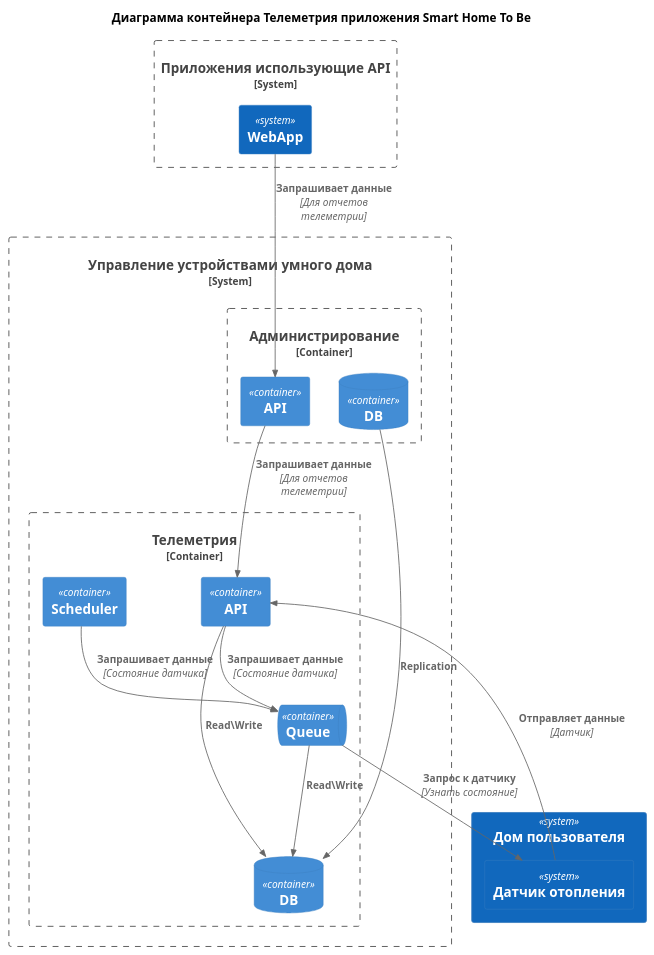
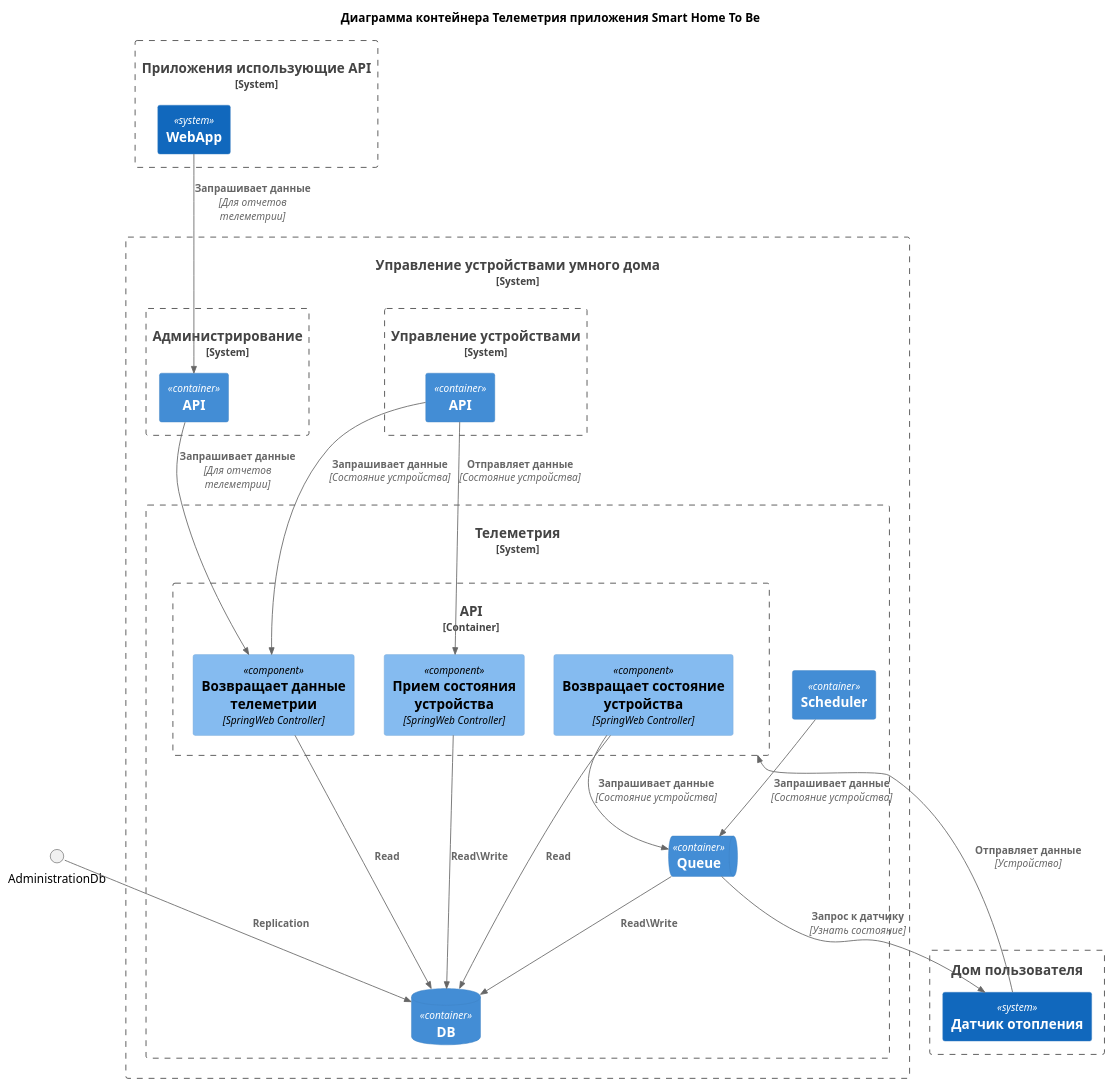
The diagram in docs/To Be Component Telemetry.puml (bezdelnique/ydnx-arch-sprint1), drawn with PlantUML before and after one commit. The commit also changed 2 other files, not shown here.

Commit message:
To Be C4 diagrams

```diff
--- a/docs/To Be Component Telemetry.puml
+++ b/docs/To Be Component Telemetry.puml
@@ -1,46 +1,59 @@
 @startuml
 title "Диаграмма контейнера Телеметрия приложения Smart Home To Be"
 
 top to bottom direction
 
 !include C4/C4_Component.puml
 
 System_Boundary(SmartHomeApp, "Приложения использующие API") {
     System(WebApp, "WebApp")
 }
 
-System(UserHome, "Дом пользователя") {
+Boundary(UserHome, "Дом пользователя") {
     System(SensorHeating, "Датчик отопления")
 }
 
 System_Boundary(Domain, "Управление устройствами умного дома") {
-    Container_Boundary(SubdomainTelemetry, "Телеметрия") {
-        Container(TelemetryApi, "API")
+    System_Boundary(SubdomainTelemetry, "Телеметрия") {
+        Container_Boundary(TelemetryApi, "API") {
+            Component("TelemetryController", "Возвращает данные телеметрии", "SpringWeb Controller")
+            Component("DeviceStateController", "Возвращает состояние устройства", "SpringWeb Controller")
+            Component("DeviceDataReceiverController", "Прием состояния устройства", "SpringWeb Controller")
+        }
+
         Container(TelemetryScheduler, "Scheduler")
         ContainerDb(TelemetryDb, "DB")
         ContainerQueue(TelemetryQueue, "Queue")
     }
 
-    Container_Boundary(SubdomainAdministration, "Администрирование") {
+    System_Boundary(SubdomainManageDevice, "Управление устройствами") {
+        Container(ManageDeviceApi, "API")
+    }
+
+    System_Boundary(SubdomainAdministration, "Администрирование") {
         Container(AdministrationApi, "API")
-        ContainerDb(AdministrationDb, "DB")
     }
 
 }
 
 
-Rel(TelemetryApi, TelemetryDb, "Read\Write")
-Rel(TelemetryApi, TelemetryQueue, "Запрашивает данные", "Состояние датчика")
+Rel(WebApp, AdministrationApi, "Запрашивает данные", "Для отчетов телеметрии")
+
+Rel(TelemetryController, TelemetryDb, "Read")
+Rel(DeviceStateController, TelemetryDb, "Read")
+Rel(DeviceDataReceiverController, TelemetryDb, "Read\Write")
+
+Rel(DeviceStateController, TelemetryQueue, "Запрашивает данные", "Состояние устройства")
 Rel(TelemetryQueue, TelemetryDb, "Read\Write")
 
-Rel(SensorHeating, TelemetryApi, "Отправляет данные", "Датчик")
+Rel(SensorHeating, TelemetryApi, "Отправляет данные", "Устройство")
 Rel(TelemetryQueue, SensorHeating, "Запрос к датчику", "Узнать состояние")
 
 Rel(AdministrationDb, TelemetryDb, "Replication")
-Rel(AdministrationApi, TelemetryApi, "Запрашивает данные", "Для отчетов телеметрии")
-Rel(WebApp, AdministrationApi, "Запрашивает данные", "Для отчетов телеметрии")
+Rel(AdministrationApi, TelemetryController, "Запрашивает данные", "Для отчетов телеметрии")
+Rel(ManageDeviceApi, TelemetryController, "Запрашивает данные", "Состояние устройства")
+Rel(ManageDeviceApi, DeviceDataReceiverController, "Отправляет данные", "Состояние устройства")
 
-Rel(TelemetryScheduler, TelemetryQueue, "Запрашивает данные", "Состояние датчика")
-
+Rel(TelemetryScheduler, TelemetryQueue, "Запрашивает данные", "Состояние устройства")
 
 @enduml
```
